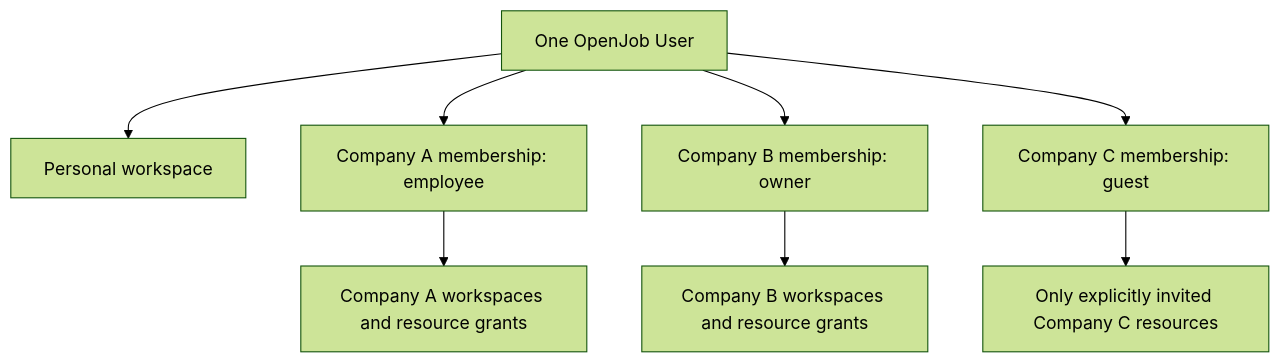
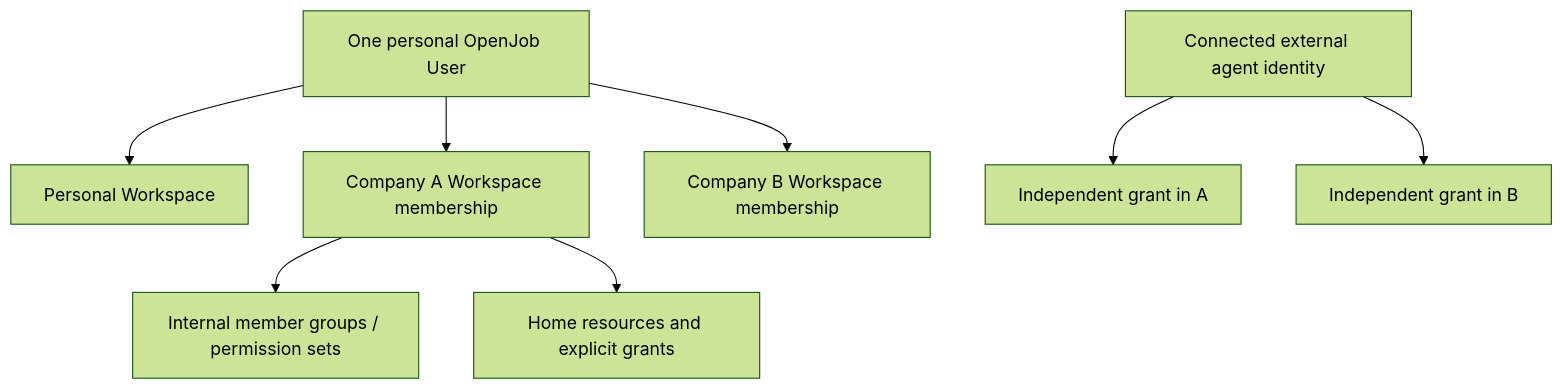
One commit to scwlkr/openjob changed the diagram in docs/COMPANIES_AND_IDENTITY.md. Above: the diagram before and after it, drawn with Mermaid (forest theme). The commit also changed other lines of this file and 19 other files, not shown here.

Commit message:
docs(WLK-310): reconcile owner-confirmed workspace architecture

````diff
--- a/docs/COMPANIES_AND_IDENTITY.md
+++ b/docs/COMPANIES_AND_IDENTITY.md
@@ -24,10 +18,10 @@
 ```mermaid
 flowchart TB
-  Person[One OpenJob User] --> Personal[Personal workspace]
-  Person --> A[Company A membership: employee]
-  Person --> B[Company B membership: owner]
-  Person --> C[Company C membership: guest]
-  A --> AW[Company A workspaces and resource grants]
-  B --> BW[Company B workspaces and resource grants]
-  C --> CW[Only explicitly invited Company C resources]
+  Person[One personal OpenJob User] --> P[Personal Workspace]
+  Person --> A[Company A Workspace membership]
+  Person --> B[Company B Workspace membership]
+  A --> Groups[Internal member groups / permission sets]
+  A --> Resources[Home resources and explicit grants]
+  Agent[Connected external agent identity] --> GA[Independent grant in A]
+  Agent --> GB[Independent grant in B]
 ```
````
